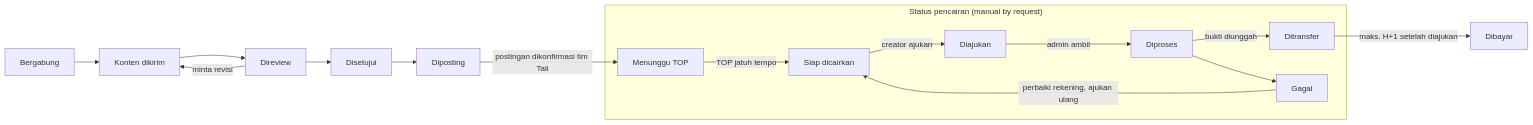
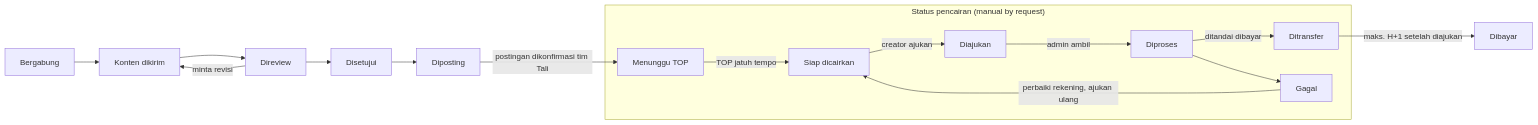
Before and after one commit to rezaismailh/InfluencerCampaignJob: the diagram in docs/PRD.md, drawn with Mermaid. The commit also changed other lines of this file, not shown here.

First line of the commit message:
PRD: drop transfer proof upload; admin marks payout as paid

````diff
--- a/docs/PRD.md
+++ b/docs/PRD.md
@@ -89,12 +89,12 @@
 ```mermaid
 flowchart LR
   A[Bergabung] --> B[Konten dikirim] --> C[Direview] --> D[Disetujui] --> E[Diposting]
   C -- minta revisi --> B
   E -- postingan dikonfirmasi tim Tali --> P1
   subgraph Pencairan["Status pencairan (manual by request)"]
-    P1[Menunggu TOP] -- TOP jatuh tempo --> P2[Siap dicairkan] -- creator ajukan --> P3[Diajukan] -- admin ambil --> P4[Diproses] -- bukti diunggah --> P5[Ditransfer]
+    P1[Menunggu TOP] -- TOP jatuh tempo --> P2[Siap dicairkan] -- creator ajukan --> P3[Diajukan] -- admin ambil --> P4[Diproses] -- ditandai dibayar --> P5[Ditransfer]
     P4 --> P6[Gagal]
     P6 -- perbaiki rekening, ajukan ulang --> P2
   end
   P5 -- maks. H+1 setelah diajukan --> F[Dibayar]
 ```
````
